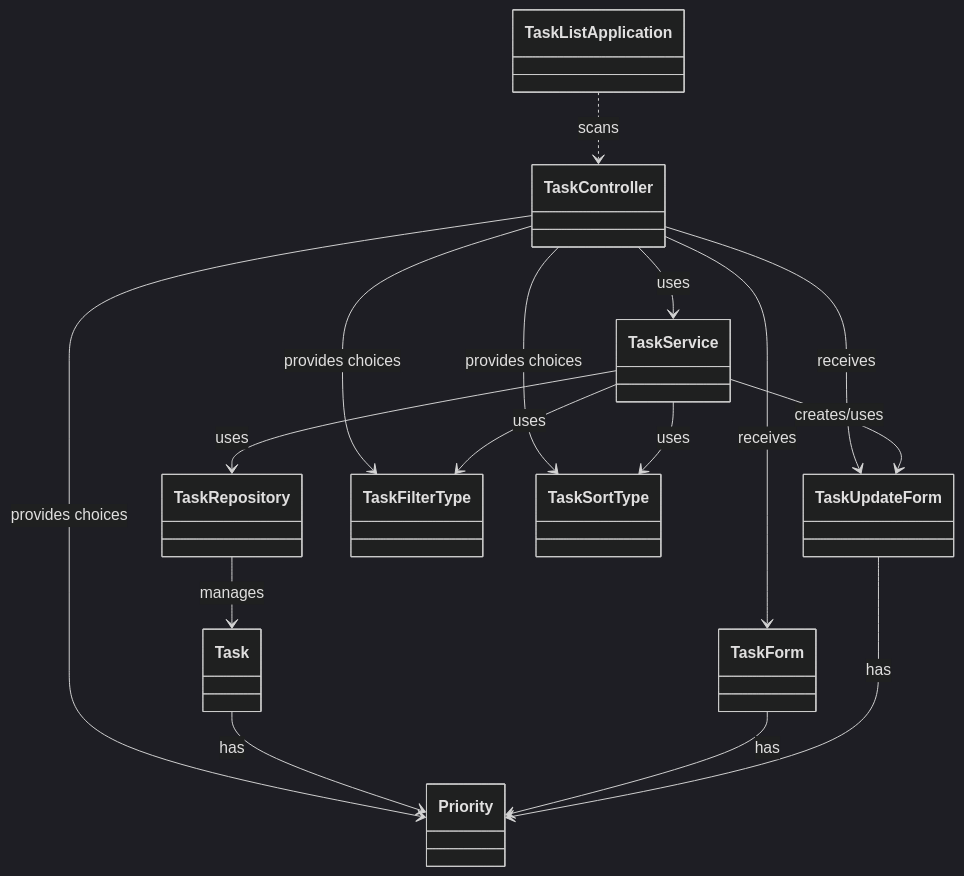
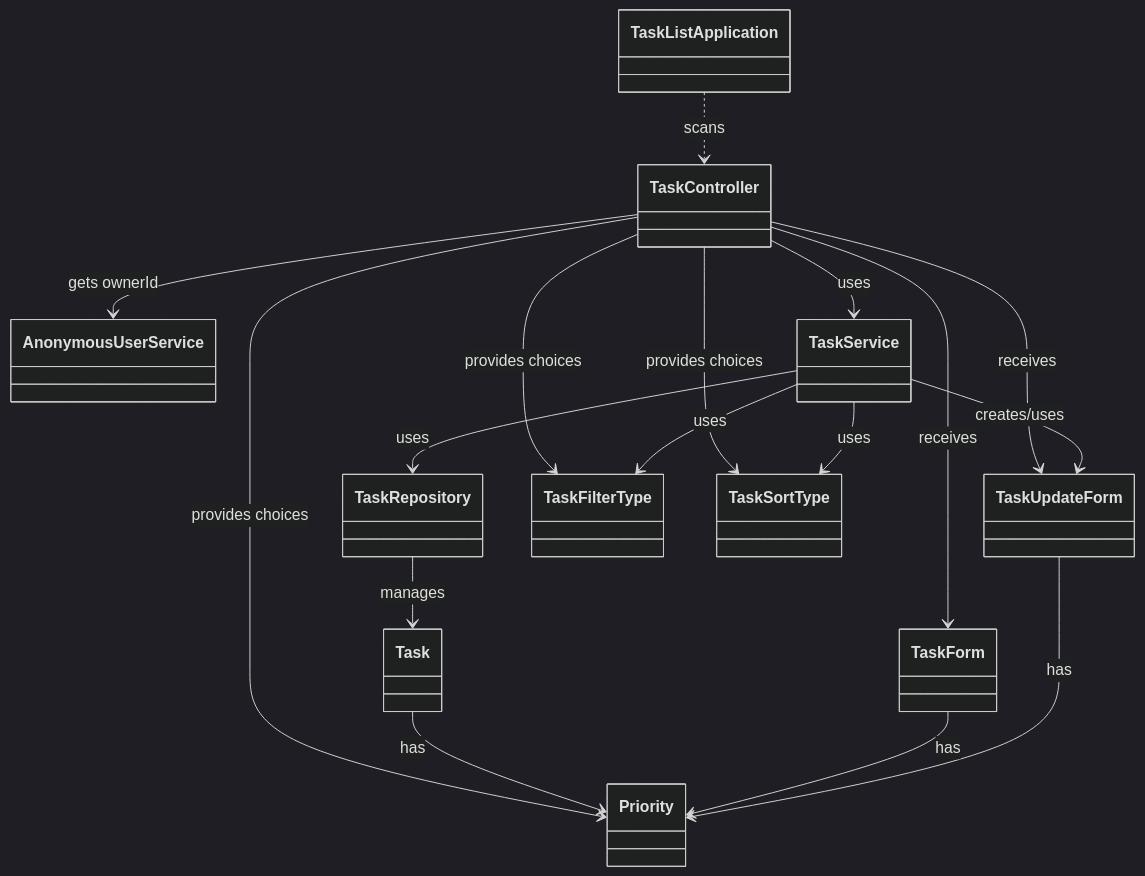
The first of 4 diagrams in README.md (mkunori/TaskList), drawn with Mermaid (dark theme) before and after one commit. The commit also changed other lines of this file, not shown here.

````diff
--- a/README.md
+++ b/README.md
@@ -120,29 +129,31 @@
 ```mermaid
 classDiagram
     class TaskListApplication
     class TaskController
+    class AnonymousUserService
     class TaskService
     class TaskRepository
     class Task
     class Priority
     class TaskForm
     class TaskUpdateForm
     class TaskFilterType
     class TaskSortType
 
     TaskListApplication ..> TaskController : scans
+    TaskController --> AnonymousUserService : gets ownerId
     TaskController --> TaskService : uses
     TaskController --> TaskForm : receives
     TaskController --> TaskUpdateForm : receives
     TaskController --> Priority : provides choices
     TaskController --> TaskFilterType : provides choices
     TaskController --> TaskSortType : provides choices
     TaskService --> TaskRepository : uses
     TaskService --> TaskUpdateForm : creates/uses
     TaskService --> TaskFilterType : uses
     TaskService --> TaskSortType : uses
     TaskRepository --> Task : manages
     Task --> Priority : has
     TaskForm --> Priority : has
     TaskUpdateForm --> Priority : has
 ```
````
